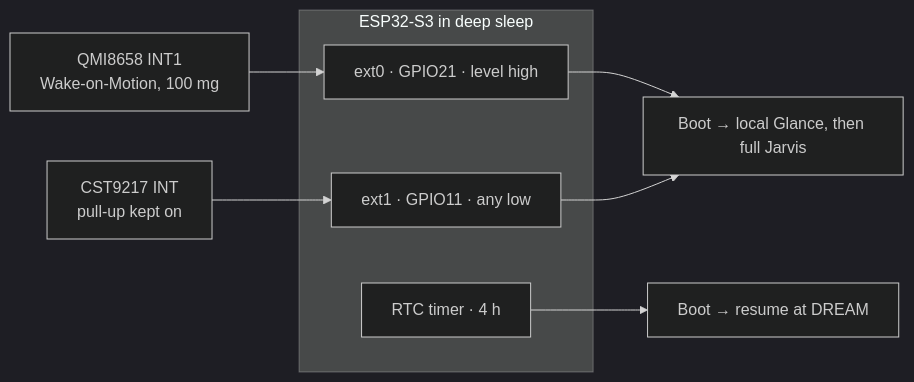
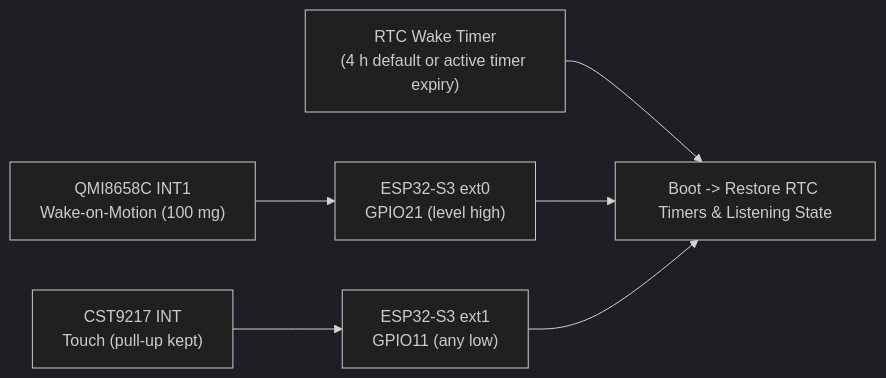
The diagram in docs/HARDWARE.md (PascalAI2024/JarvisNano), drawn with Mermaid (dark theme) before and after one commit. The commit also changed other lines of this file and 27 other files, not shown here.

````diff
--- a/docs/HARDWARE.md
+++ b/docs/HARDWARE.md
@@ -75,13 +64,9 @@
 ```mermaid
 flowchart LR
-    subgraph S3[ESP32-S3 in deep sleep]
-        EXT0[ext0 · GPIO21 · level high]
-        EXT1[ext1 · GPIO11 · any low]
-        TMR[RTC timer · 4 h]
-    end
-    IMU[QMI8658 INT1<br/>Wake-on-Motion, 100 mg] --> EXT0
-    TP[CST9217 INT<br/>pull-up kept on] --> EXT1
-    EXT0 --> Boot[Boot → local Glance, then full Jarvis]
-    EXT1 --> Boot
-    TMR --> Rest[Boot → resume at DREAM]
+    IMU["QMI8658C INT1<br/>Wake-on-Motion (100 mg)"] --> EXT0["ESP32-S3 ext0<br/>GPIO21 (level high)"]
+    TP["CST9217 INT<br/>Touch (pull-up kept)"] --> EXT1["ESP32-S3 ext1<br/>GPIO11 (any low)"]
+    RTC["RTC Wake Timer<br/>(4 h default or active timer expiry)"] --> Wake
+
+    EXT0 --> Wake["Boot -> Restore RTC Timers &amp; Listening State"]
+    EXT1 --> Wake
 ```
````
